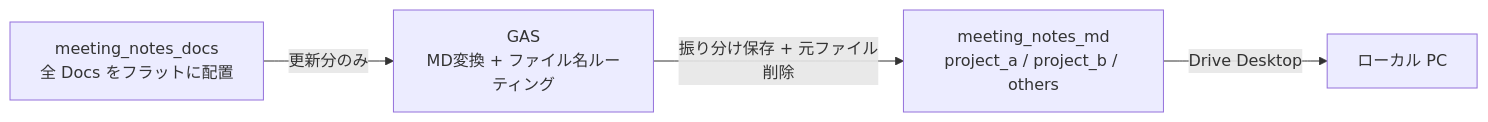
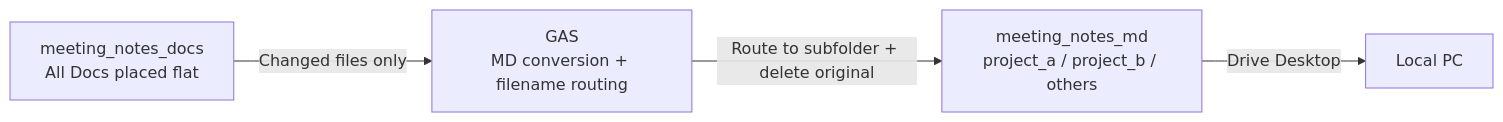
One commit to cm-yoshikikasama/blog_code changed the first of 2 diagrams in 64_gas_gdocs_to_markdown/README.md. Above: the diagram before and after it, drawn with Mermaid. The commit also changed other lines of this file and 1 other file, not shown here.

Commit message:
docs(gas-gdocs-to-markdown): translate README, comments, and diagrams to English

````diff
--- a/64_gas_gdocs_to_markdown/README.md
+++ b/64_gas_gdocs_to_markdown/README.md
@@ -9,6 +9,6 @@
 ```mermaid
 graph LR
-    A["meeting_notes_docs<br>全 Docs をフラットに配置"] -->|更新分のみ| B["GAS<br>MD変換 + ファイル名ルーティング"]
-    B -->|振り分け保存 + 元ファイル削除| C["meeting_notes_md<br>project_a / project_b / others"]
-    C -->|Drive Desktop| D["ローカル PC"]
+    A["meeting_notes_docs<br>All Docs placed flat"] -->|Changed files only| B["GAS<br>MD conversion + filename routing"]
+    B -->|Route to subfolder + delete original| C["meeting_notes_md<br>project_a / project_b / others"]
+    C -->|Drive Desktop| D["Local PC"]
 ```
````
